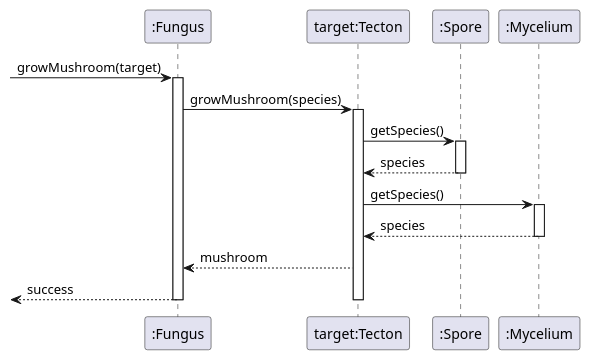
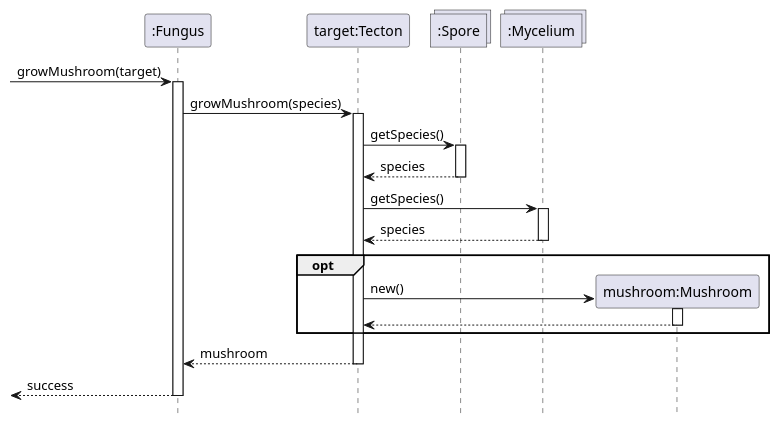
The diagram in Fungus/grow-mushroom.pu (ZD4ve/projlab-error521), drawn with PlantUML before and after one commit. The commit also changed 23 other files, not shown here.

```diff
--- a/Fungus/grow-mushroom.pu
+++ b/Fungus/grow-mushroom.pu
@@ -1,31 +1,38 @@
-@startuml grow_mushroom
+@startuml Fungus/grow-mushroom
+hide footbox
 
 participant ":Fungus" as fungus
 participant "target:Tecton" as target
-participant ":Spore" as spore
-participant ":Mycelium" as mycelium
+collections ":Spore" as spore
+collections ":Mycelium" as mycelium
+participant "mushroom:Mushroom" as mushroom
 
 -> fungus : growMushroom(target)
 activate fungus
+
 fungus -> target: growMushroom(species)
-
 activate target
 
 target -> spore : getSpecies()
 activate spore
-target <-- spore : species
-deactivate spore
+return species
 
 target -> mycelium : getSpecies()
 activate mycelium
-target <-- mycelium : species
-deactivate mycelium
+return species
 
-fungus <-- target : mushroom
+opt 
+    create mushroom
+    target -> mushroom : new()
+    activate mushroom
+    return
+end
+
+fungus <-- target: mushroom
+deactivate target
 
 <-- fungus : success
 
-deactivate target
 deactivate fungus
 
 @enduml
```
